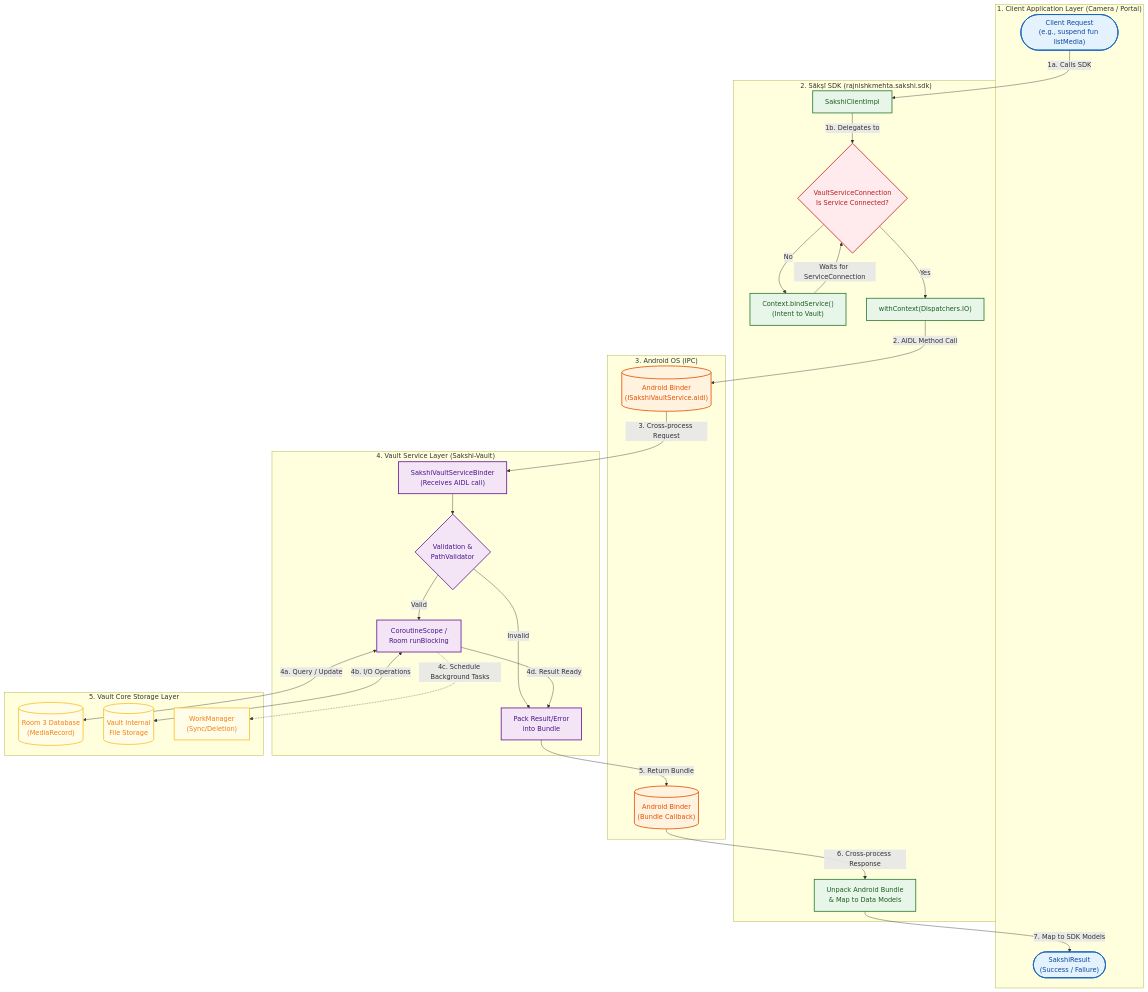
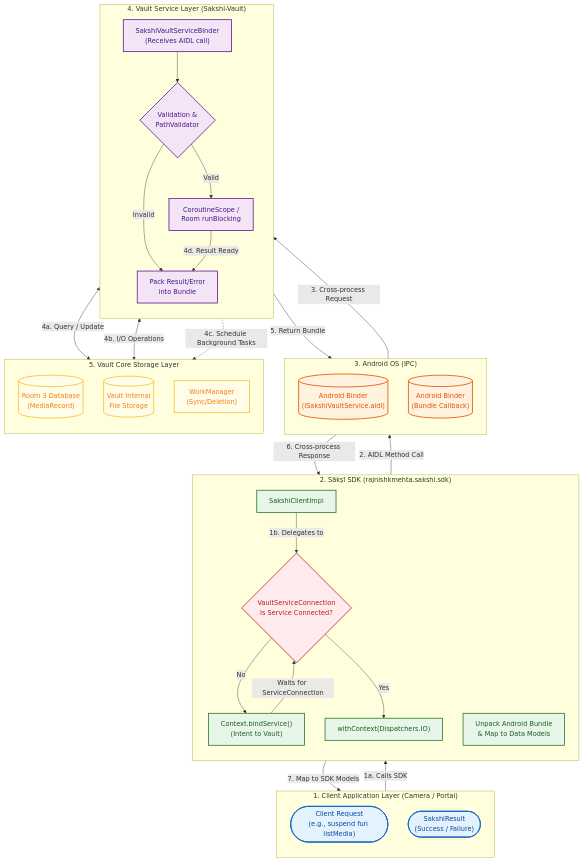
The diagram in 00_docs/developer-guide/concepts/architecture-flow.md (RajnishKMehta/Sakshi-All), drawn with Mermaid before and after one commit.

Commit message:
docs: restore top-down orientation inside subgraphs

````diff
--- a/00_docs/developer-guide/concepts/architecture-flow.md
+++ b/00_docs/developer-guide/concepts/architecture-flow.md
@@ -5,76 +5,81 @@
 ```mermaid
 flowchart TD
     %% Definitions
     subgraph ClientLayer ["1. Client Application Layer (Camera / Portal)"]
+        direction TB
         ClientReq(["Client Request\n(e.g., suspend fun listMedia)"])
         ClientRes(["SakshiResult\n(Success / Failure)"])
     end
 
     subgraph SDKLayer ["2. Sākṣī SDK (rajnishkmehta.sakshi.sdk)"]
+        direction TB
         SakshiClient["SakshiClientImpl"]
         CheckConn{"VaultServiceConnection\nIs Service Connected?"}
         BindService["Context.bindService()\n(Intent to Vault)"]
         DispatchIO["withContext(Dispatchers.IO)"]
         Unpack["Unpack Android Bundle\n& Map to Data Models"]
     end
 
     subgraph OS ["3. Android OS (IPC)"]
+        direction TB
         BinderReq[("Android Binder\n(ISakshiVaultService.aidl)")]
         BinderRes[("Android Binder\n(Bundle Callback)")]
     end
 
     subgraph VaultLayer ["4. Vault Service Layer (Sakshi-Vault)"]
+        direction TB
         VaultBinder["SakshiVaultServiceBinder\n(Receives AIDL call)"]
         Validate{"Validation &\nPathValidator"}
         Processing["CoroutineScope /\nRoom runBlocking"]
         PackBundle["Pack Result/Error\ninto Bundle"]
     end
 
     subgraph StorageLayer ["5. Vault Core Storage Layer"]
+        direction TB
         DB[("Room 3 Database\n(MediaRecord)")]
         FileStore[("Vault Internal\nFile Storage")]
         WorkManager["WorkManager\n(Sync/Deletion)"]
     end
 
     %% Flow - Request Phase
     ClientReq -->|1a. Calls SDK| SakshiClient
     SakshiClient -->|1b. Delegates to| CheckConn
     CheckConn -- "No" --> BindService
     BindService --> |"Waits for ServiceConnection"| CheckConn
     CheckConn -- "Yes" --> DispatchIO
 
     DispatchIO -->|2. AIDL Method Call| BinderReq
     BinderReq -->|3. Cross-process Request| VaultBinder
 
     %% Flow - Vault Processing Phase
     VaultBinder --> Validate
     Validate -- "Valid" --> Processing
     Validate -- "Invalid" --> PackBundle
 
     Processing <-->|4a. Query / Update| DB
     Processing <-->|4b. I/O Operations| FileStore
     Processing -.->|4c. Schedule Background Tasks| WorkManager
 
     Processing -->|4d. Result Ready| PackBundle
 
     %% Flow - Response Phase
     PackBundle -->|5. Return Bundle| BinderRes
     BinderRes -->|6. Cross-process Response| Unpack
     Unpack -->|7. Map to SDK Models| ClientRes
 
     %% Styling classes
     classDef client fill:#e3f2fd,stroke:#1565c0,stroke-width:2px,color:#0d47a1
     classDef sdk fill:#e8f5e9,stroke:#2e7d32,stroke-width:2px,color:#1b5e20
     classDef os fill:#fff3e0,stroke:#e65100,stroke-width:2px,color:#e65100
     classDef vault fill:#f3e5f5,stroke:#6a1b9a,stroke-width:2px,color:#4a148c
     classDef storage fill:#fffde7,stroke:#fbc02d,stroke-width:2px,color:#f57f17
     classDef check fill:#ffebee,stroke:#c62828,stroke-width:2px,color:#b71c1c
 
     %% Apply styles
     class ClientReq,ClientRes client
     class SakshiClient,BindService,DispatchIO,Unpack sdk
     class CheckConn check
     class BinderReq,BinderRes os
     class VaultBinder,Validate,Processing,PackBundle vault
     class DB,FileStore,WorkManager storage
 ```
````
